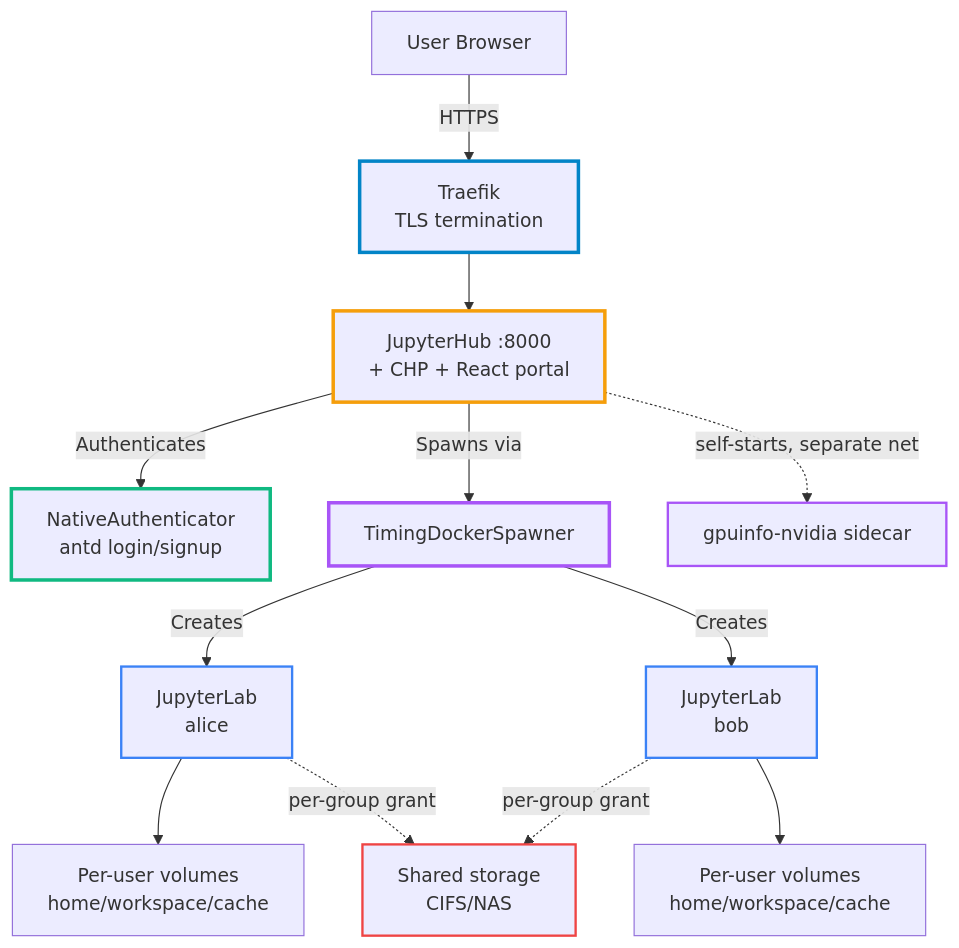
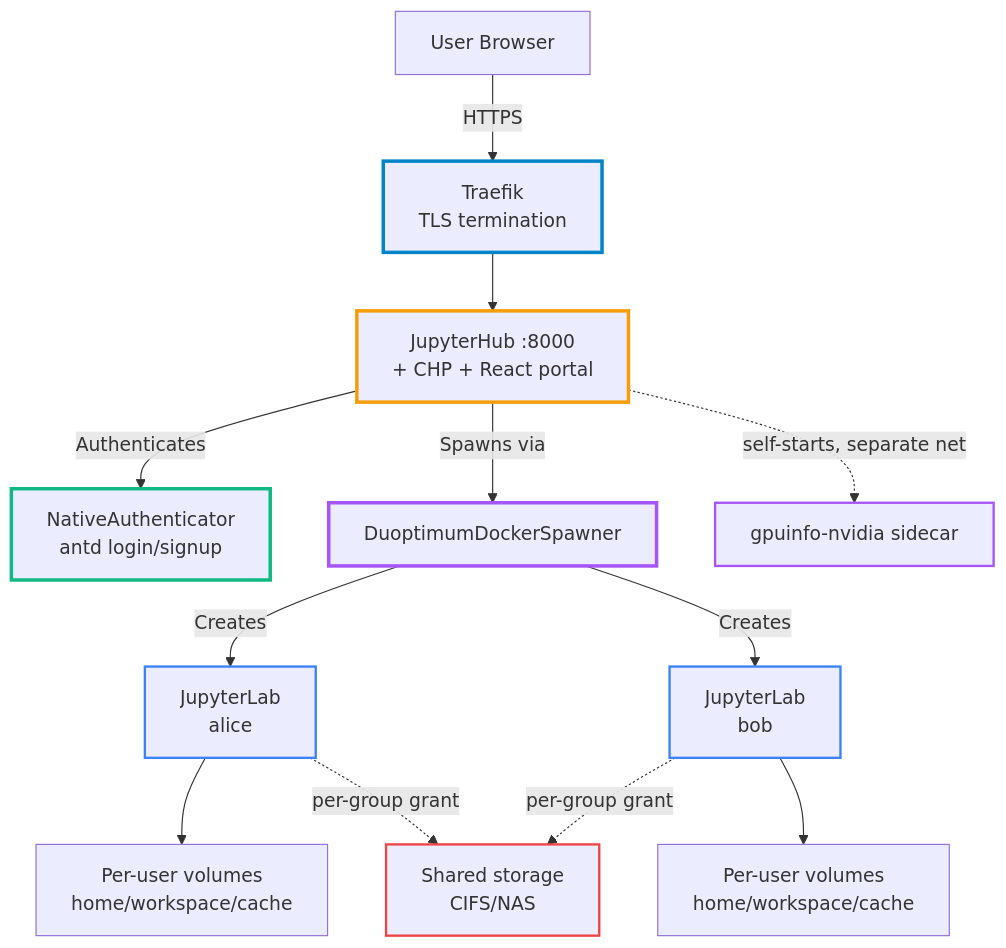
The first of 2 diagrams in docs/duoptimum-platform-architecture.md (stellarshenson/stellars-jupyterhub-ds), drawn with Mermaid before and after one commit. The commit also changed other lines of this file and 22 other files, not shown here.

````diff
--- a/docs/duoptimum-platform-architecture.md
+++ b/docs/duoptimum-platform-architecture.md
@@ -43,26 +43,26 @@
 ```mermaid
 graph TB
     User[User Browser] -->|HTTPS| Traefik[Traefik<br/>TLS termination]
     Traefik --> Hub[JupyterHub :8000<br/>+ CHP + React portal]
 
     Hub -->|Authenticates| Auth[NativeAuthenticator<br/>antd login/signup]
-    Hub -->|Spawns via| Spawner[TimingDockerSpawner]
+    Hub -->|Spawns via| Spawner[DuoptimumDockerSpawner]
     Hub -.->|self-starts, separate net| GPUInfo[gpuinfo-nvidia sidecar]
 
     Spawner -->|Creates| Lab1[JupyterLab<br/>alice]
     Spawner -->|Creates| Lab2[JupyterLab<br/>bob]
 
     Lab1 --> Vol1[Per-user volumes<br/>home/workspace/cache]
     Lab2 --> Vol2[Per-user volumes<br/>home/workspace/cache]
     Lab1 -.->|per-group grant| Shared[Shared storage<br/>CIFS/NAS]
     Lab2 -.->|per-group grant| Shared
 
     style Hub stroke:#f59e0b,stroke-width:3px
     style Traefik stroke:#0284c7,stroke-width:3px
     style Auth stroke:#10b981,stroke-width:3px
     style Spawner stroke:#a855f7,stroke-width:3px
     style GPUInfo stroke:#a855f7,stroke-width:2px
     style Lab1 stroke:#3b82f6,stroke-width:2px
     style Lab2 stroke:#3b82f6,stroke-width:2px
     style Shared stroke:#ef4444,stroke-width:2px
 ```
````
